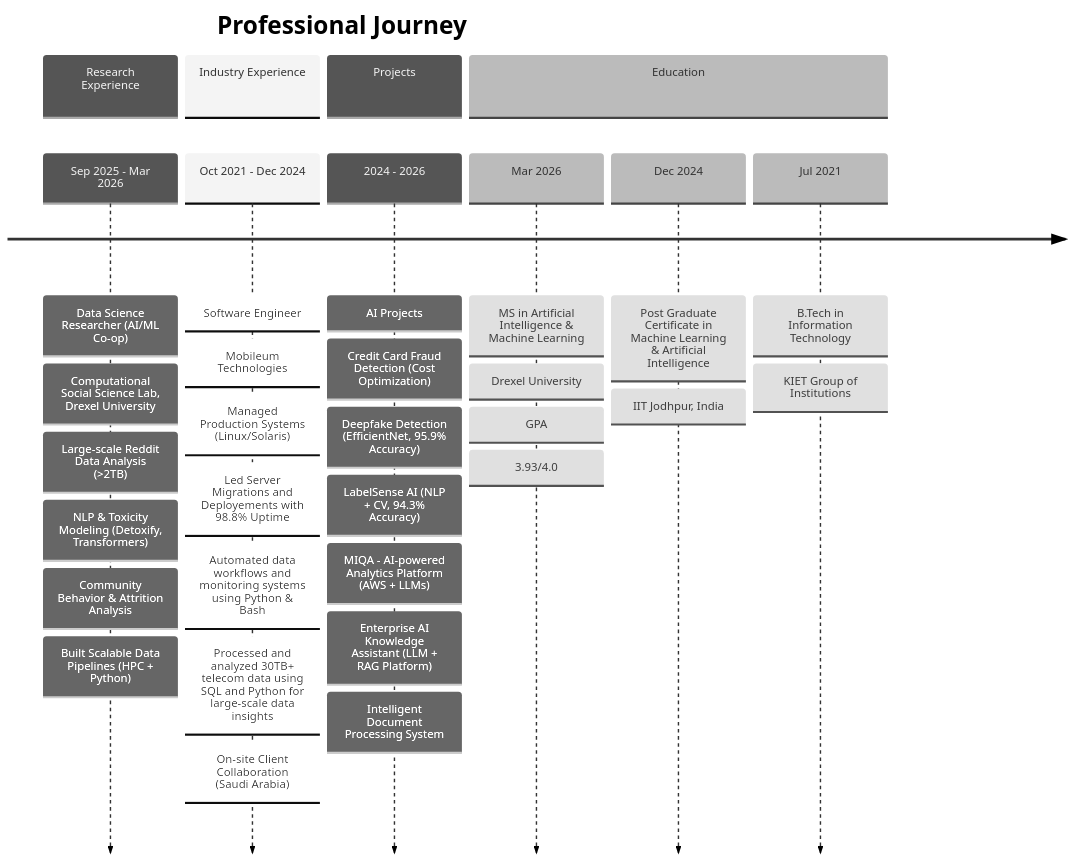
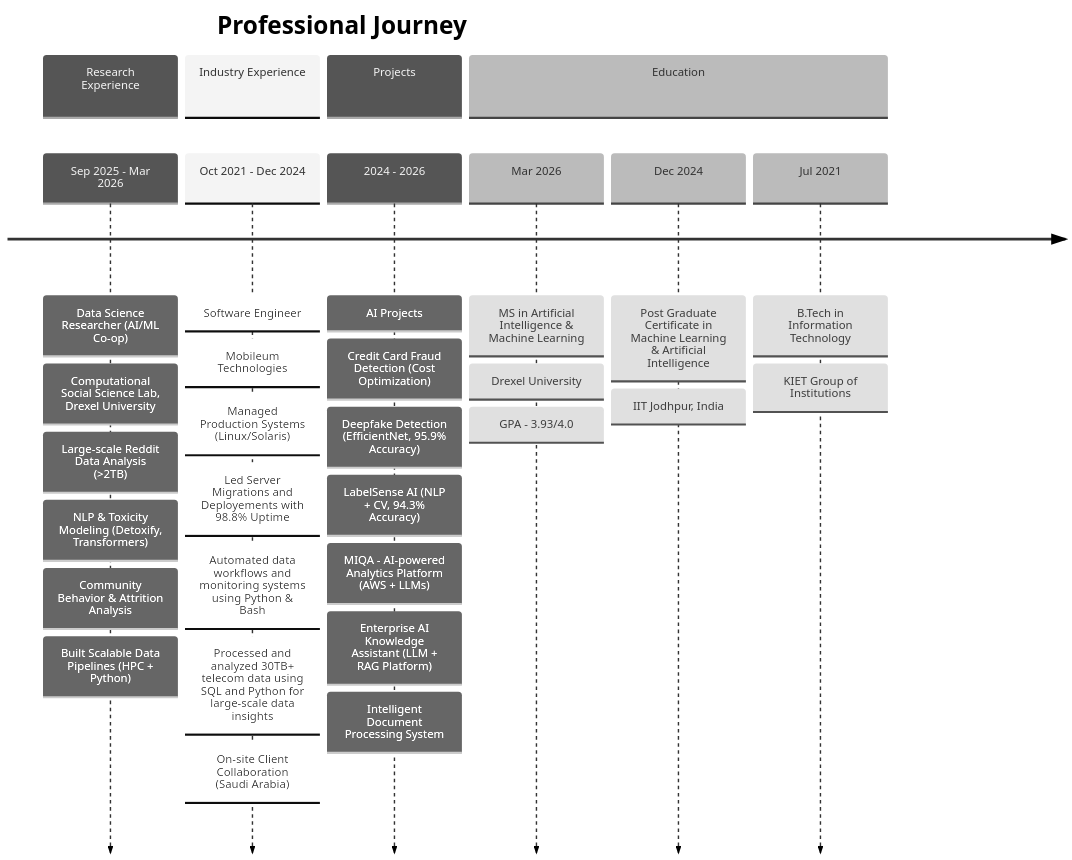
The diagram in README.md (ShobhitDixit98/ShobhitDixit98), drawn with Mermaid (neutral theme) before and after one commit.

Commit message:
Fix formatting of GPA entry in README

````diff
--- a/README.md
+++ b/README.md
@@ -38,41 +38,41 @@
 ```mermaid
 timeline
     title Professional Journey
 
     section Research Experience
     Sep 2025 - Mar 2026  : Data Science Researcher (AI/ML Co-op)
                          : Computational Social Science Lab, Drexel University
                          : Large-scale Reddit Data Analysis (>2TB)
                          : NLP & Toxicity Modeling (Detoxify, Transformers)
                          : Community Behavior & Attrition Analysis
                          : Built Scalable Data Pipelines (HPC + Python)
 
     section Industry Experience
     Oct 2021 - Dec 2024  : Software Engineer
                          : Mobileum Technologies
                          : Managed Production Systems (Linux/Solaris)
                          : Led Server Migrations and Deployements with 98.8% Uptime
                          : Automated data workflows and monitoring systems using Python & Bash
                          : Processed and analyzed 30TB+ telecom data using SQL and Python for large-scale data insights
                          : On-site Client Collaboration (Saudi Arabia) 
 
     section Projects
     2024 - 2026          : AI Projects
                          : Credit Card Fraud Detection (Cost Optimization)
                          : Deepfake Detection (EfficientNet, 95.9% Accuracy)
                          : LabelSense AI (NLP + CV, 94.3% Accuracy)
                          : MIQA - AI-powered Analytics Platform (AWS + LLMs)
                          : Enterprise AI Knowledge Assistant (LLM + RAG Platform) 
                          : Intelligent Document Processing System 
 
     section Education
     Mar 2026 : MS in Artificial Intelligence & Machine Learning
              : Drexel University
-             : GPA: 3.93/4.0
+             : GPA - 3.93/4.0
 
     Dec 2024 : Post Graduate Certificate in Machine Learning & Artificial Intelligence
              : IIT Jodhpur, India
 
     Jul 2021 : B.Tech in Information Technology
              : KIET Group of Institutions
 ```
````
